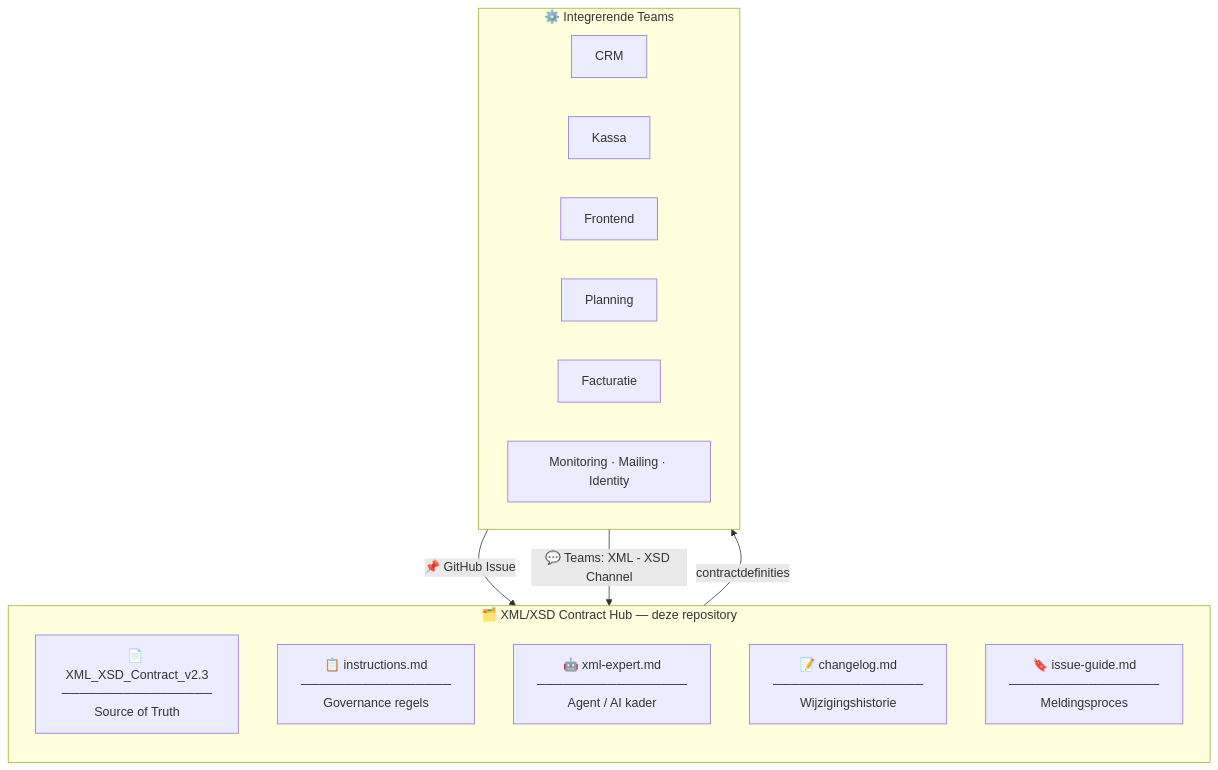
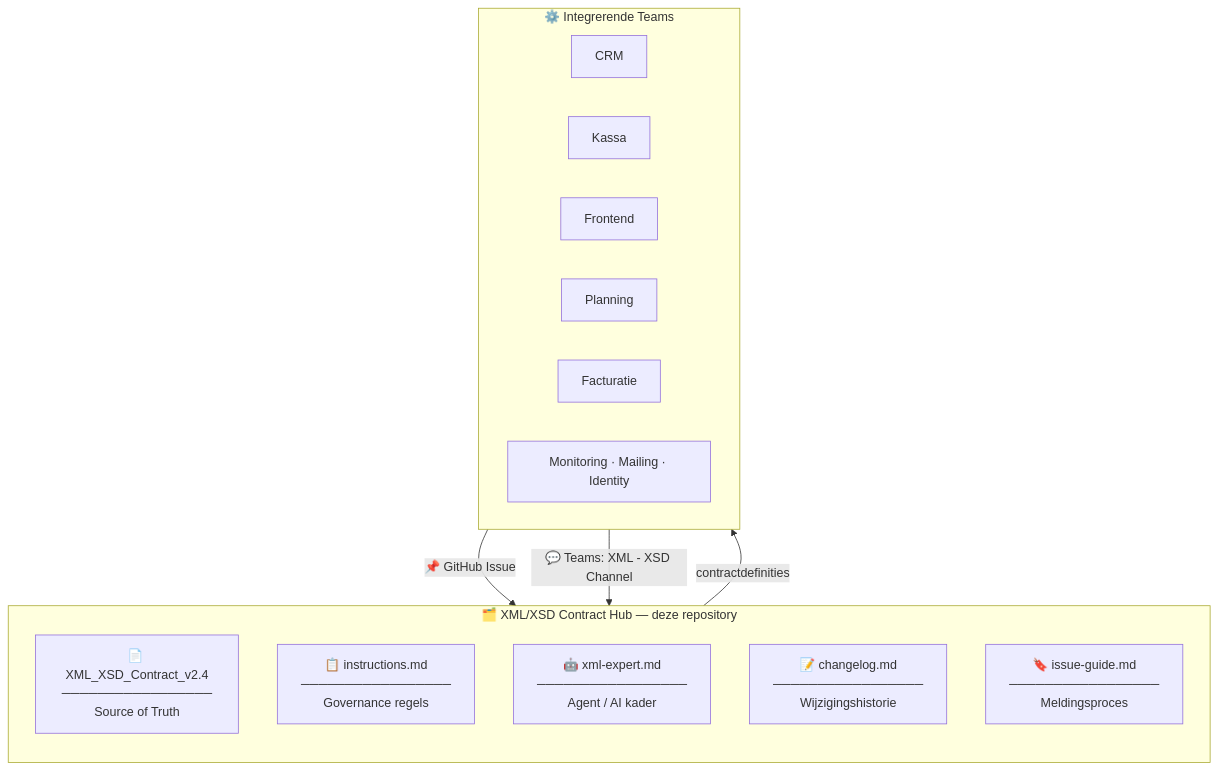
Before and after one commit to IntegrationProject-Groep1/xml-xsd-contract: the second of 4 diagrams in README.md, drawn with Mermaid. The commit also changed other lines of this file and 3 other files, not shown here.

````diff
--- a/README.md
+++ b/README.md
@@ -343,25 +343,25 @@
 ```mermaid
 flowchart TB
     subgraph HUB["🗂️  XML/XSD Contract Hub  —  deze repository"]
         direction TB
-        CONTRACT["📄 XML_XSD_Contract_v2.3<br/>─────────────────<br/>Source of Truth"]
+        CONTRACT["📄 XML_XSD_Contract_v2.4<br/>─────────────────<br/>Source of Truth"]
         INSTRUCTIONS["📋 instructions.md<br/>─────────────────<br/>Governance regels"]
         XMLEXPERT["🤖 xml-expert.md<br/>─────────────────<br/>Agent / AI kader"]
         CHANGELOG["📝 changelog.md<br/>─────────────────<br/>Wijzigingshistorie"]
         ISSUEGUIDE["🔖 issue-guide.md<br/>─────────────────<br/>Meldingsproces"]
     end
 
     subgraph INTTEAMS["⚙️  Integrerende Teams"]
         direction LR
         CRM["CRM"]
         KASSA["Kassa"]
         FRONTEND["Frontend"]
         PLANNING["Planning"]
         FACTURATIE["Facturatie"]
         OTHER["Monitoring · Mailing · Identity"]
     end
 
     CONTRACT  -->|"contractdefinities"| INTTEAMS
     INTTEAMS  -->|"📌 GitHub Issue"| ISSUEGUIDE
     INTTEAMS  -->|"💬 Teams: XML - XSD Channel"| HUB
 ```
````
